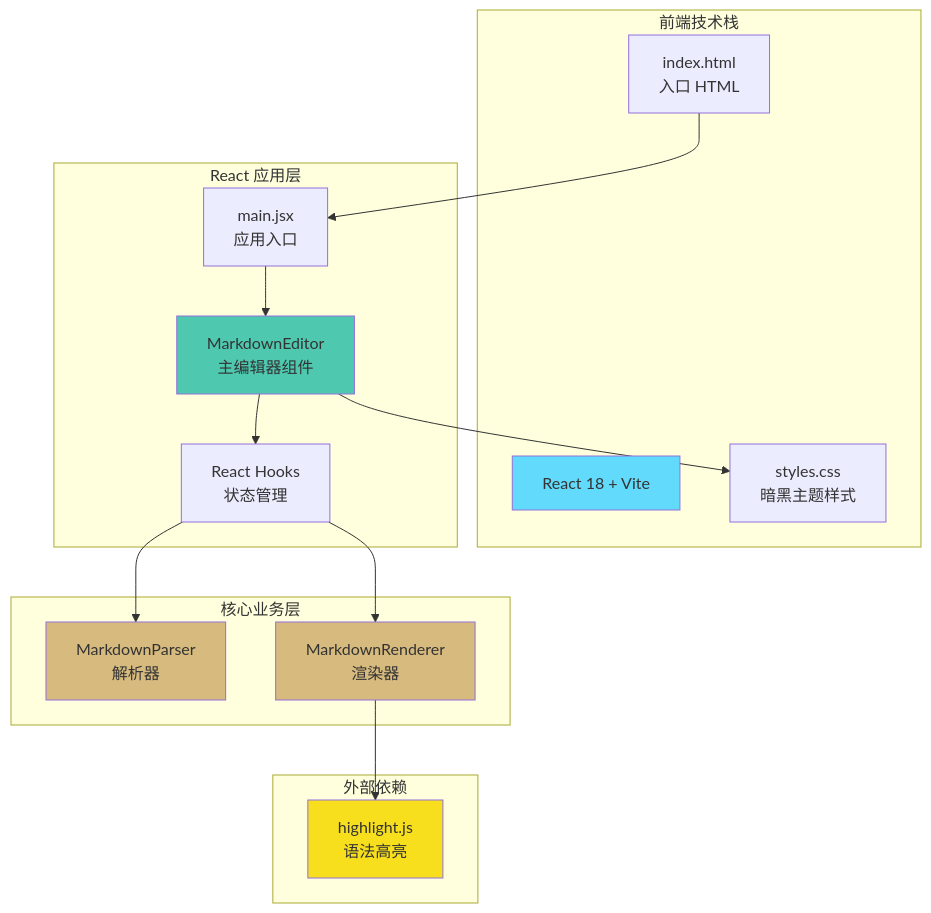
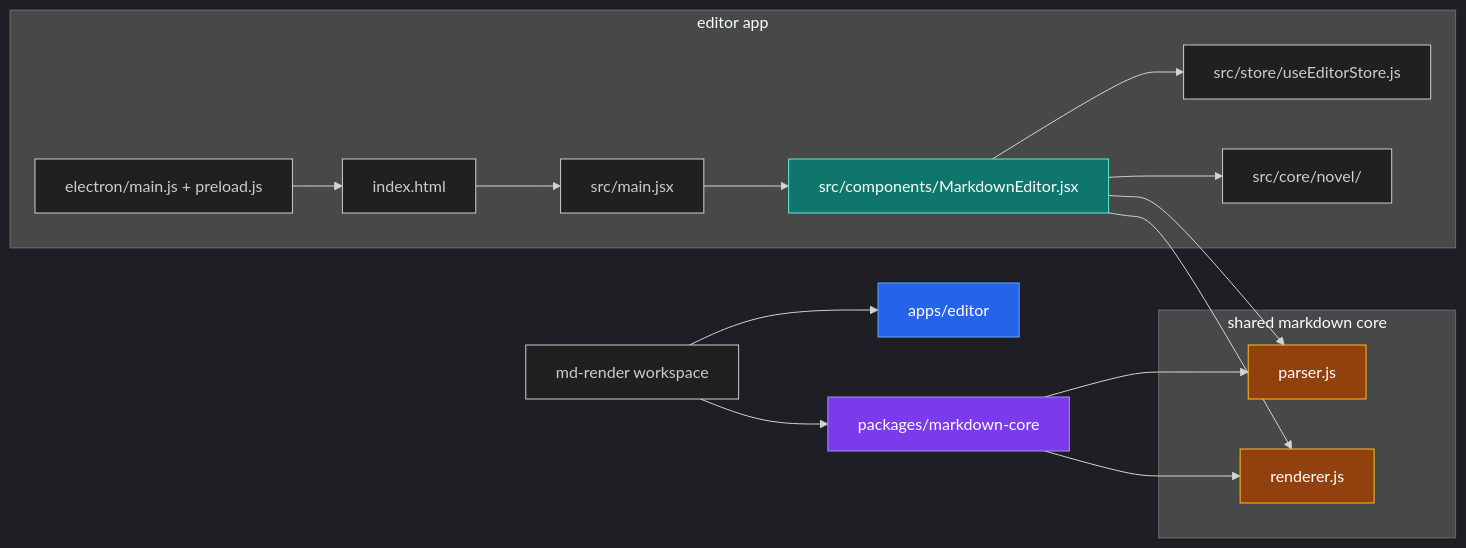
The third of 3 diagrams in ARCHITECTURE.md (Canace22/md-render), drawn with Mermaid before and after one commit. The commit also changed other lines of this file and 77 other files, not shown here.

````diff
--- a/ARCHITECTURE.md
+++ b/ARCHITECTURE.md
@@ -76,37 +76,36 @@
 ```mermaid
-graph TB
-    subgraph "前端技术栈"
-        HTML[index.html<br/>入口 HTML]
-        REACT[React 18 + Vite]
-        STYLES[styles.css<br/>暗黑主题样式]
+%%{init: {'theme':'dark'}}%%
+flowchart LR
+    ROOT["md-render workspace"] --> APP["apps/editor"]
+    ROOT --> CORE["packages/markdown-core"]
+
+    subgraph APPGRAPH["editor app"]
+        HTML["index.html"]
+        MAIN["src/main.jsx"]
+        EDITOR["src/components/MarkdownEditor.jsx"]
+        STORE["src/store/useEditorStore.js"]
+        NOVEL["src/core/novel/"]
+        ELECTRON["electron/main.js + preload.js"]
     end
-    
-    subgraph "React 应用层"
-        MAIN[main.jsx<br/>应用入口]
-        EDITOR[MarkdownEditor<br/>主编辑器组件]
-        HOOKS[React Hooks<br/>状态管理]
+
+    subgraph COREGRAPH["shared markdown core"]
+        PARSER["parser.js"]
+        RENDERER["renderer.js"]
     end
-    
-    subgraph "核心业务层"
-        PARSER[MarkdownParser<br/>解析器]
-        RENDERER[MarkdownRenderer<br/>渲染器]
-    end
-    
-    subgraph "外部依赖"
-        HLJS[highlight.js<br/>语法高亮]
-    end
-    
+
     HTML --> MAIN
     MAIN --> EDITOR
-    EDITOR --> HOOKS
-    HOOKS --> PARSER
-    HOOKS --> RENDERER
-    RENDERER --> HLJS
-    EDITOR --> STYLES
-    
-    style REACT fill:#61dafb
-    style EDITOR fill:#4ec9b0
-    style PARSER fill:#d7ba7d
-    style RENDERER fill:#d7ba7d
-    style HLJS fill:#f7df1e
+    EDITOR --> STORE
+    EDITOR --> NOVEL
+    EDITOR --> PARSER
+    EDITOR --> RENDERER
+    ELECTRON --> HTML
+    CORE --> PARSER
+    CORE --> RENDERER
+
+    style APP fill:#2563eb,stroke:#60a5fa,color:#fff
+    style CORE fill:#7c3aed,stroke:#a78bfa,color:#fff
+    style EDITOR fill:#0f766e,stroke:#5eead4,color:#fff
+    style PARSER fill:#92400e,stroke:#fbbf24,color:#fff
+    style RENDERER fill:#92400e,stroke:#fbbf24,color:#fff
 ```
````
